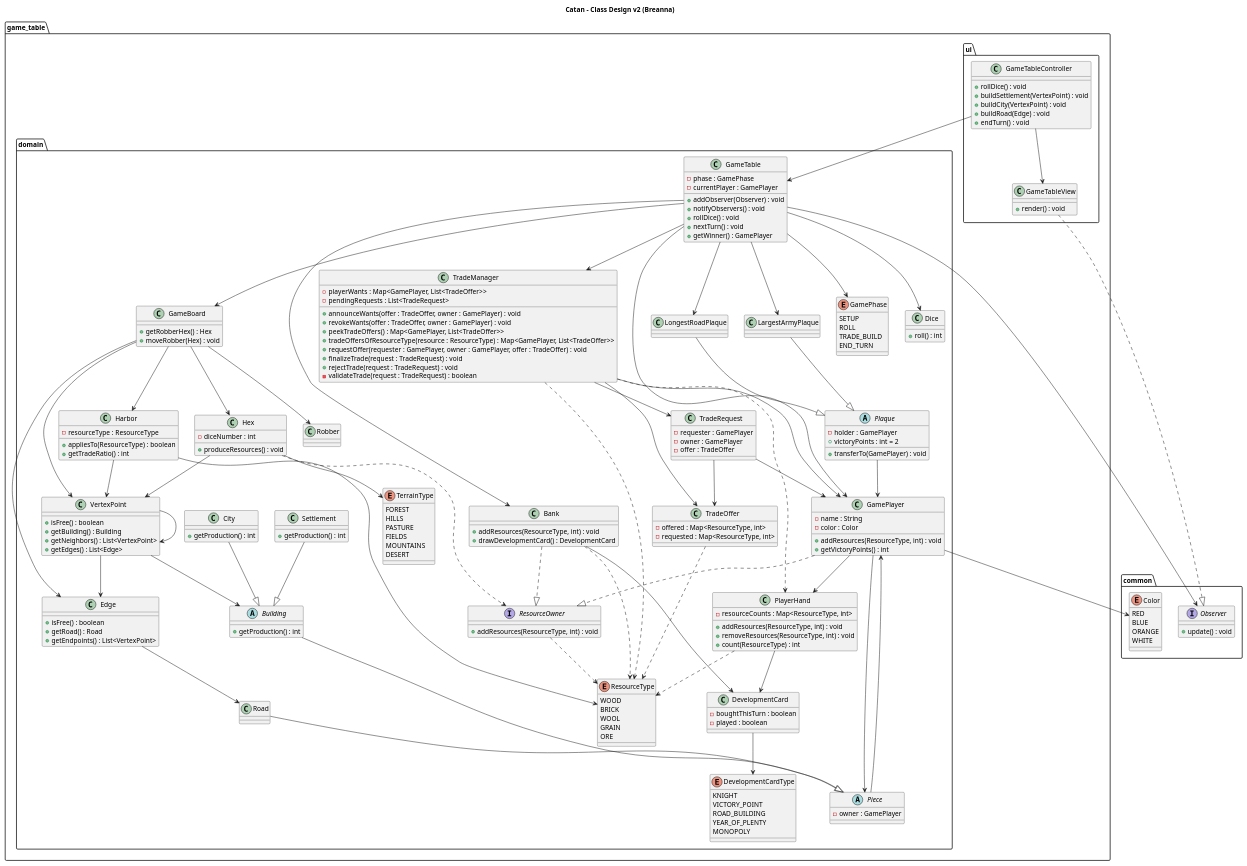
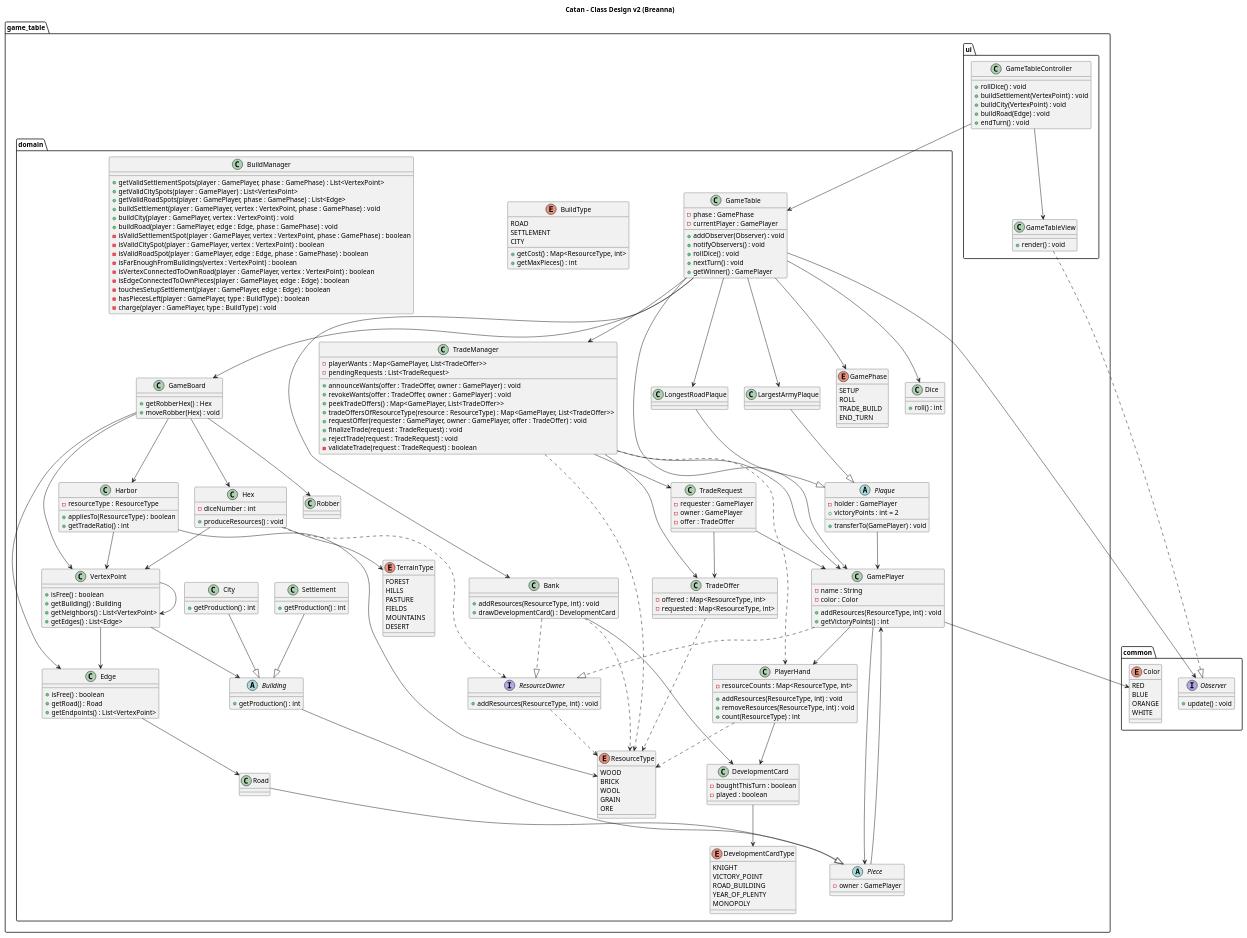
The diagram in docs/design/game_table_breanna.puml (nu-cs-sqe/cs380-software-quality-engineering-20262701-course-project-group-5), drawn with PlantUML before and after one commit.

Commit message:
added BuildManager class and BuildType enum

```diff
--- a/docs/design/game_table_breanna.puml
+++ b/docs/design/game_table_breanna.puml
@@ -121,6 +121,14 @@
         DESERT
     }
 
+    enum BuildType {
+        ROAD
+        SETTLEMENT
+        CITY
+        +getCost() : Map<ResourceType, int>
+        +getMaxPieces() : int
+    }
+
     class DevelopmentCard {
         -boughtThisTurn : boolean
         -played : boolean
@@ -167,6 +175,27 @@
         +isFree() : boolean
         +getRoad() : Road
         +getEndpoints() : List<VertexPoint>
+    }
+
+    class BuildManager {
+        +getValidSettlementSpots(player : GamePlayer, phase : GamePhase) : List<VertexPoint>
+        +getValidCitySpots(player : GamePlayer) : List<VertexPoint>
+        +getValidRoadSpots(player : GamePlayer, phase : GamePhase) : List<Edge>
+        'build
+        +buildSettlement(player : GamePlayer, vertex : VertexPoint, phase : GamePhase) : void
+        +buildCity(player : GamePlayer, vertex : VertexPoint) : void
+        +buildRoad(player : GamePlayer, edge : Edge, phase : GamePhase) : void
+        'checks for validity, ties to highlighting
+        -isValidSettlementSpot(player : GamePlayer, vertex : VertexPoint, phase : GamePhase) : boolean
+        -isValidCitySpot(player : GamePlayer, vertex : VertexPoint) : boolean
+        -isValidRoadSpot(player : GamePlayer, edge : Edge, phase : GamePhase) : boolean
+        -isFarEnoughFromBuildings(vertex : VertexPoint) : boolean
+        -isVertexConnectedToOwnRoad(player : GamePlayer, vertex : VertexPoint) : boolean
+        -isEdgeConnectedToOwnPieces(player : GamePlayer, edge : Edge) : boolean
+        -touchesSetupSettlement(player : GamePlayer, edge : Edge) : boolean
+        -hasPiecesLeft(player : GamePlayer, type : BuildType) : boolean
+        'updates player resources
+        -charge(player : GamePlayer, type : BuildType) : void
     }
 
     class Harbor {
```
